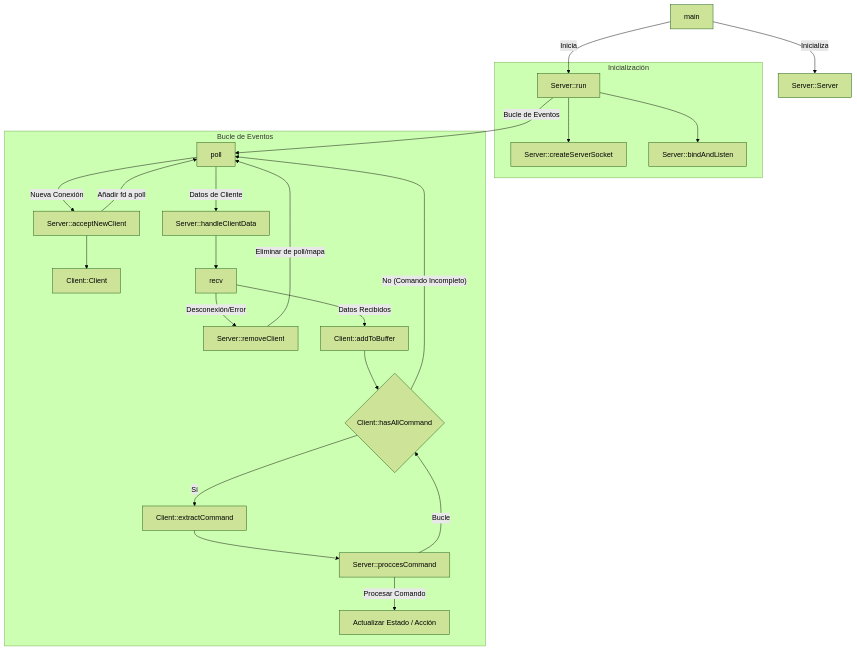
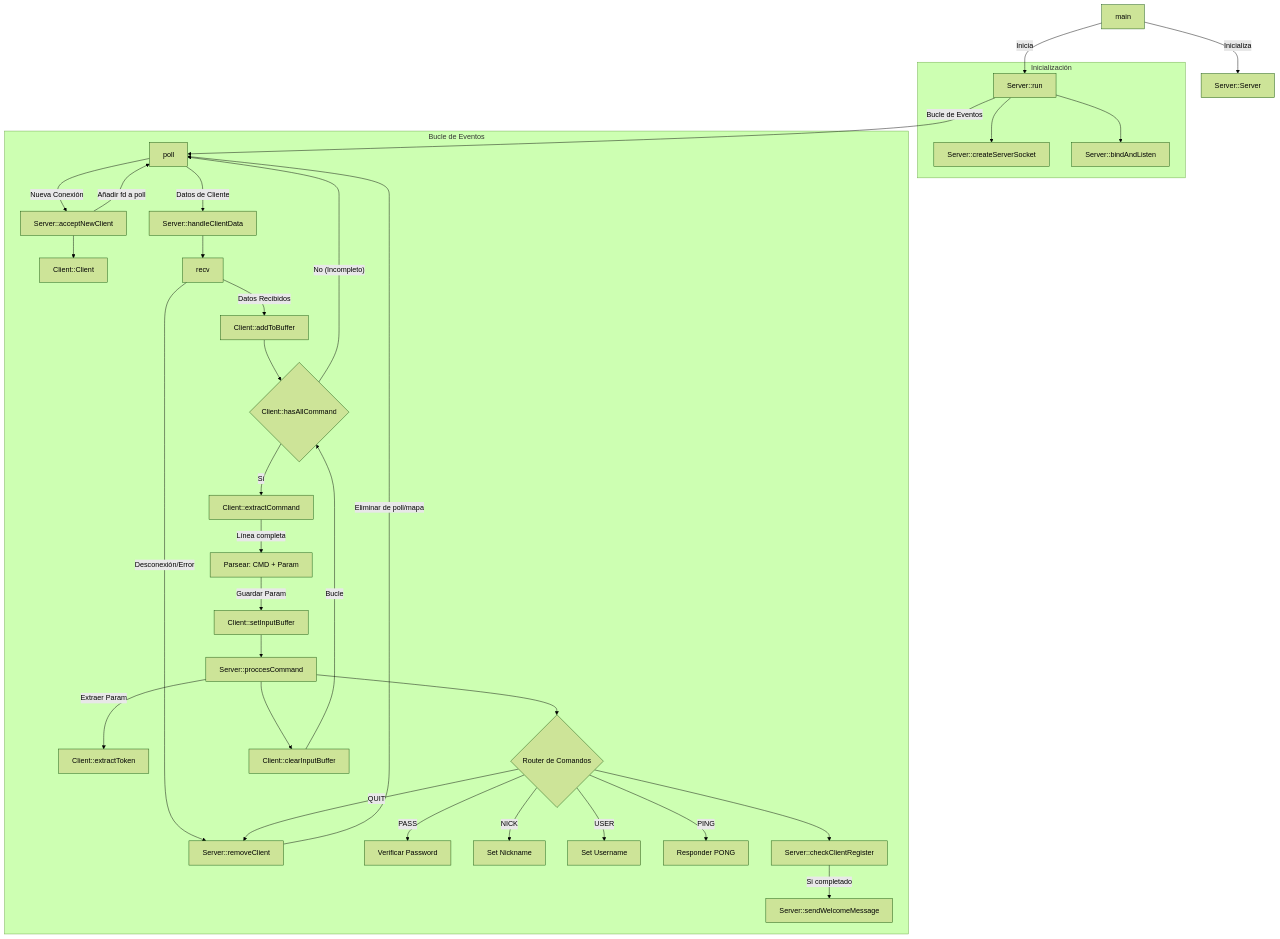
Before and after one commit to sermaal11/ft_irc: the diagram in README.es.md, drawn with Mermaid (forest theme).

Commit message:
docs: Expand the Mermaid diagram in `README.es.md` to detail command parsing, parameter handling, and command routing within `Server::proccesCommand`.

````diff
--- a/README.es.md
+++ b/README.es.md
@@ -119,34 +119,49 @@
 ```mermaid
 graph TD
     A[main] -->|Inicializa| B[Server::Server]
     A -->|Inicia| C[Server::run]
 
     subgraph Inicialización
     C --> D[Server::createServerSocket]
     C --> E[Server::bindAndListen]
     end
 
     C -->|Bucle de Eventos| F[poll]
 
     subgraph Bucle de Eventos
     F -- Nueva Conexión --> G[Server::acceptNewClient]
     G --> H[Client::Client]
     G -->|Añadir fd a poll| F
 
     F -- Datos de Cliente --> I[Server::handleClientData]
     I --> J[recv]
 
     J -- Desconexión/Error --> K[Server::removeClient]
     K -->|Eliminar de poll/mapa| F
 
     J -- Datos Recibidos --> L[Client::addToBuffer]
     L --> M{Client::hasAllCommand}
 
     M -- Sí --> N[Client::extractCommand]
-    N --> O[Server::proccesCommand]
-    O -->|Procesar Comando| P[Actualizar Estado / Acción]
-    O -->|Bucle| M
+    N -->|Línea completa| O[Parsear: CMD + Param]
+    O -->|Guardar Param| P[Client::setInputBuffer]
+    P --> Q[Server::proccesCommand]
 
-    M -- No (Comando Incompleto) --> F
+    Q -->|Extraer Param| R[Client::extractToken]
+    Q --> S{Router de Comandos}
+
+    S -- PASS --> T[Verificar Password]
+    S -- NICK --> U[Set Nickname]
+    S -- USER --> V[Set Username]
+    S -- PING --> W[Responder PONG]
+    S -- QUIT --> K
+
+    S --> X[Server::checkClientRegister]
+    X -- Si completado --> Y[Server::sendWelcomeMessage]
+
+    Q --> Z[Client::clearInputBuffer]
+    Z -->|Bucle| M
+
+    M -- No (Incompleto) --> F
     end
 ```
````
